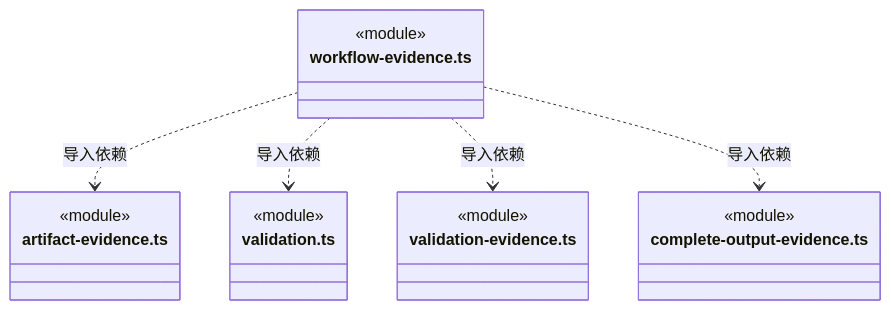
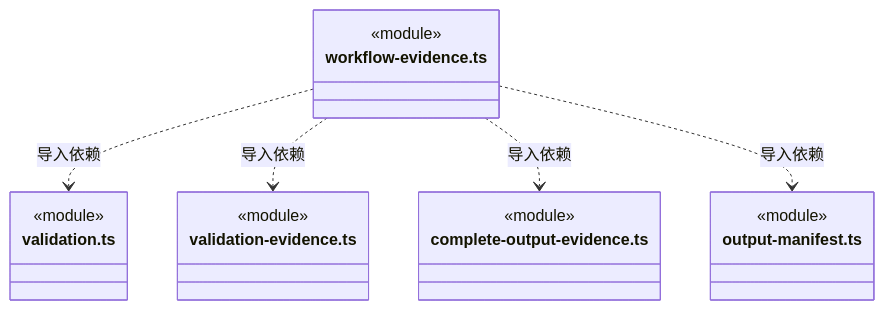
One commit to nan023062/cbim changed diagram 45 of 46 in src/backend/core/evidence/ARCHITECTURE.md. Above: the diagram before and after it, drawn with Mermaid. The commit also changed other lines of this file and 130 other files, not shown here.

````diff
--- a/src/backend/core/evidence/ARCHITECTURE.md
+++ b/src/backend/core/evidence/ARCHITECTURE.md
@@ -846,22 +986,22 @@
 ```mermaid
 classDiagram
 class N_src_backend_core_evidence_workflow_evidence_ts["workflow-evidence.ts"] {
-  <<module>>
-}
-class N_src_backend_core_evidence_artifact_evidence_ts["artifact-evidence.ts"] {
   <<module>>
 }
 class N_src_backend_core_evidence_validation_ts["validation.ts"] {
   <<module>>
 }
 class N_src_backend_core_evidence_validation_evidence_ts["validation-evidence.ts"] {
   <<module>>
 }
 class N_src_backend_core_evidence_complete_output_evidence_ts["complete-output-evidence.ts"] {
   <<module>>
 }
-N_src_backend_core_evidence_workflow_evidence_ts ..> N_src_backend_core_evidence_artifact_evidence_ts : 导入依赖
+class N_src_backend_core_evidence_output_manifest_ts["output-manifest.ts"] {
+  <<module>>
+}
 N_src_backend_core_evidence_workflow_evidence_ts ..> N_src_backend_core_evidence_validation_ts : 导入依赖
 N_src_backend_core_evidence_workflow_evidence_ts ..> N_src_backend_core_evidence_validation_evidence_ts : 导入依赖
 N_src_backend_core_evidence_workflow_evidence_ts ..> N_src_backend_core_evidence_complete_output_evidence_ts : 导入依赖
+N_src_backend_core_evidence_workflow_evidence_ts ..> N_src_backend_core_evidence_output_manifest_ts : 导入依赖
 ```
````
